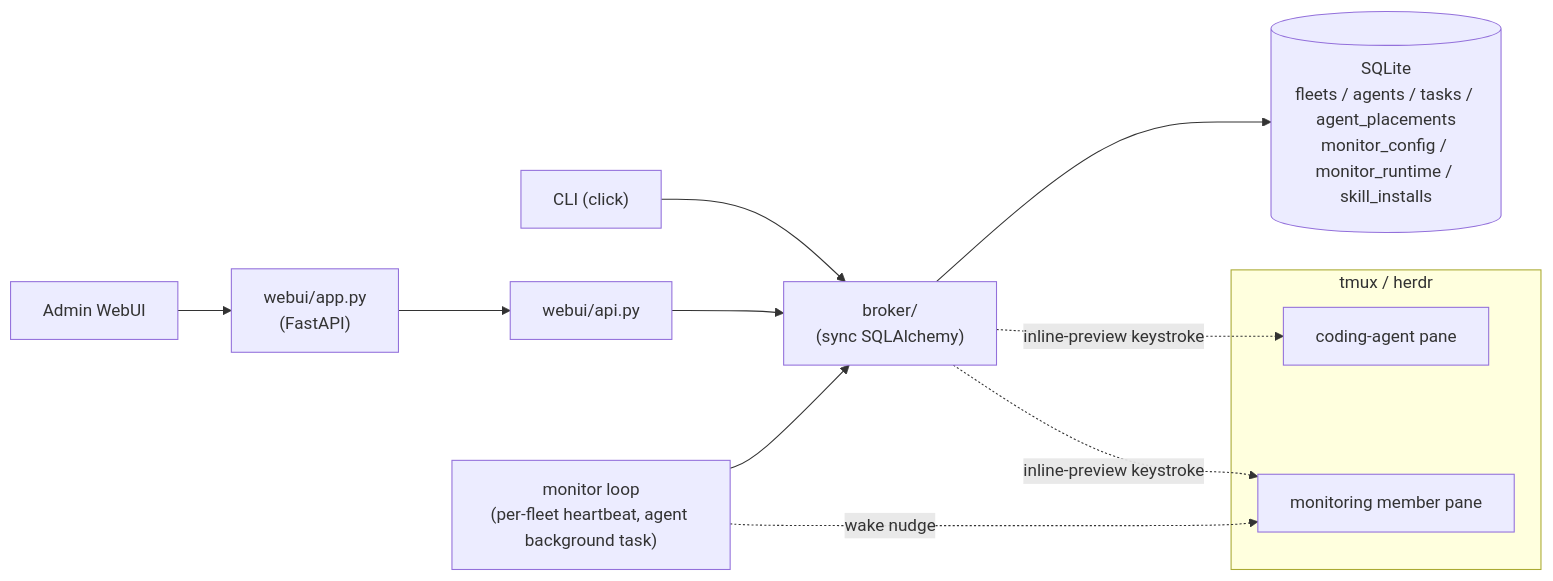
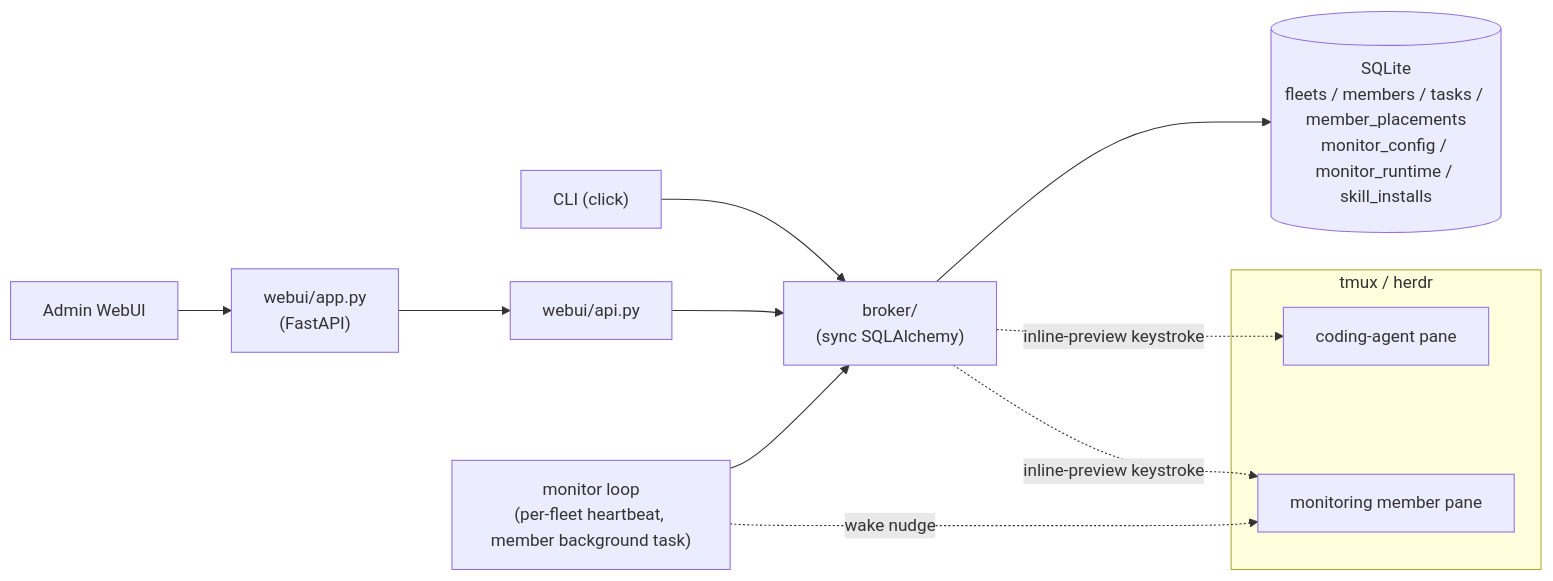
The diagram in docs/concepts/overview.md (himkt/cafleet), drawn with Mermaid before and after one commit. The commit also changed other lines of this file and 64 other files, not shown here.

````diff
--- a/docs/concepts/overview.md
+++ b/docs/concepts/overview.md
@@ -32,17 +32,17 @@
 ```mermaid
 %%{init: {'theme': 'default', 'themeVariables': {'fontSize': '16px'}}}%%
 flowchart LR
     CLI["CLI (click)"] --> Broker["broker/<br/>(sync SQLAlchemy)"]
     WebUI["Admin WebUI"] --> Server["webui/app.py<br/>(FastAPI)"]
     Server --> WebUIAPI["webui/api.py"]
     WebUIAPI --> Broker
-    Monitor["monitor loop<br/>(per-fleet heartbeat, agent background task)"] --> Broker
-    Broker --> DB[(SQLite<br/>fleets / agents / tasks / agent_placements<br/>monitor_config / monitor_runtime / skill_installs)]
+    Monitor["monitor loop<br/>(per-fleet heartbeat, member background task)"] --> Broker
+    Broker --> DB[(SQLite<br/>fleets / members / tasks / member_placements<br/>monitor_config / monitor_runtime / skill_installs)]
     subgraph Multiplexer["tmux / herdr"]
         PaneA["coding-agent pane"]
         PaneB["monitoring member pane"]
     end
     Broker -. inline-preview keystroke .-> PaneA
     Broker -. inline-preview keystroke .-> PaneB
     Monitor -. wake nudge .-> PaneB
 ```
````
